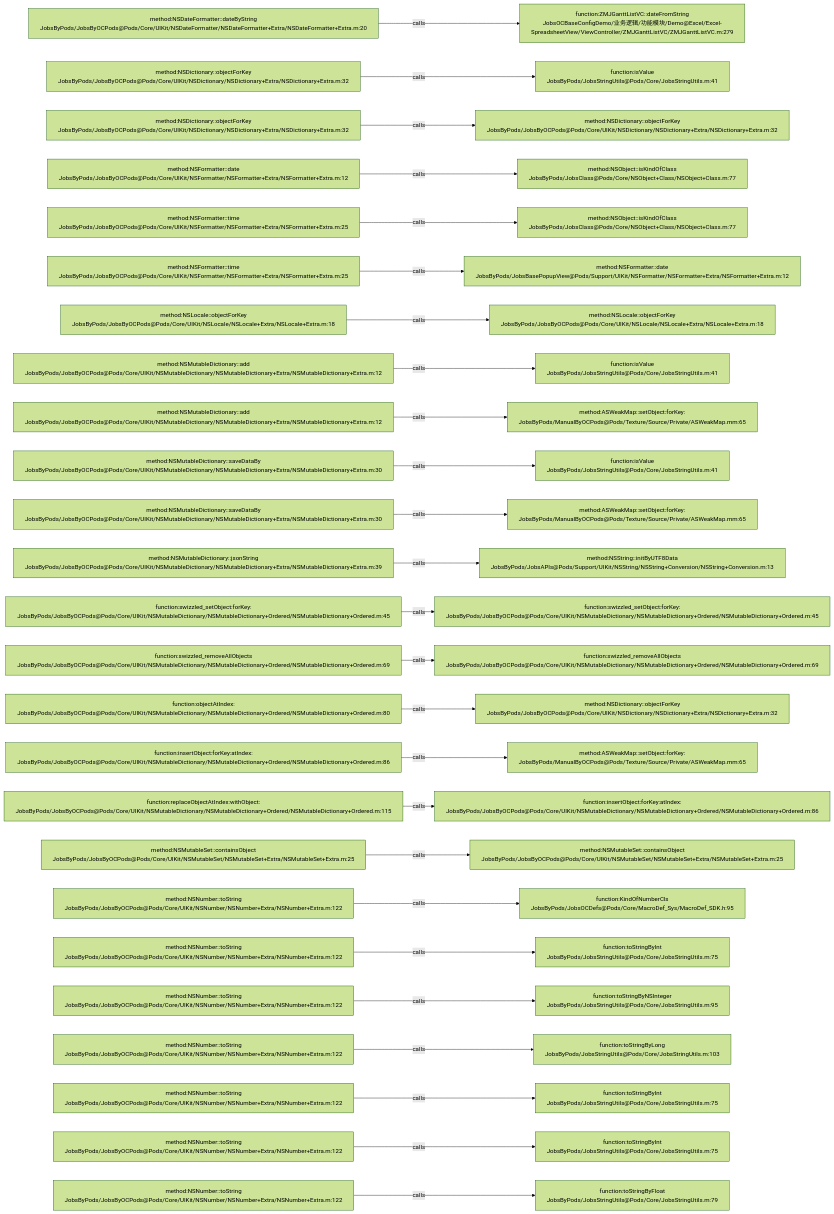
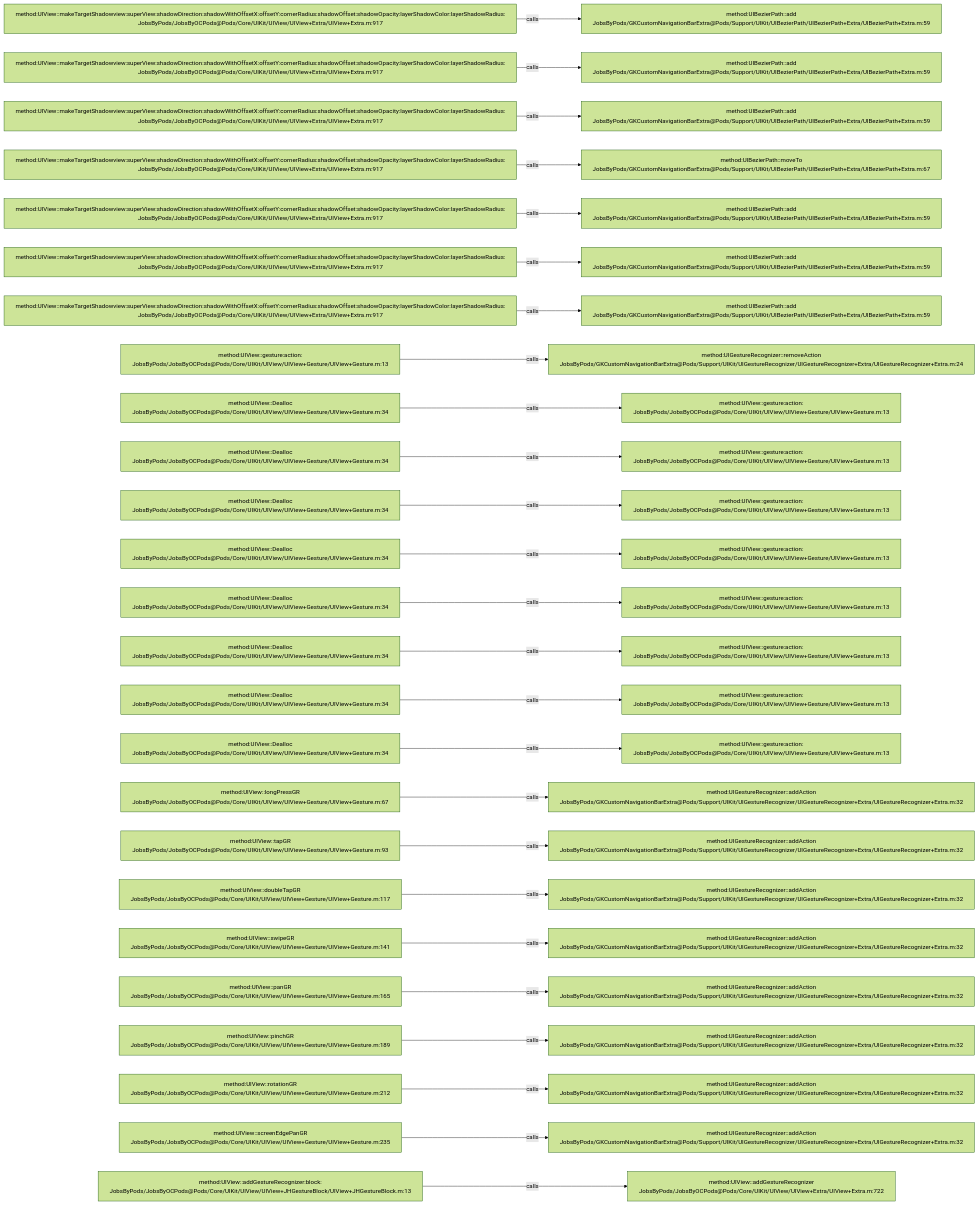
The diagram in .codegraph/codegraph.md/graphs/calls-067.md (JobsKits/JobsOCBaseConfigDemo), drawn with Mermaid (forest theme) before and after one commit. The commit also changed 1026 other files, not shown here.

````diff
--- a/.codegraph/codegraph.md/graphs/calls-067.md
+++ b/.codegraph/codegraph.md/graphs/calls-067.md
@@ -13,78 +13,78 @@
 ```mermaid
 flowchart LR
-  S1["method:NSDateFormatter::dateByString<br/>JobsByPods/JobsByOCPods@Pods/Core/UIKit/NSDateFormatter/NSDateFormatter+Extra/NSDateFormatter+Extra.m:20"]
-  T1["function:ZMJGanttListVC::dateFromString<br/>JobsOCBaseConfigDemo/业务逻辑/功能模块/Demo@Excel/Excel-SpreadsheetView/ViewController/ZMJGanttListVC/ZMJGanttListVC.m:279"]
+  S1["method:UIView::makeTargetShadowview:superView:shadowDirection:shadowWithOffsetX:offsetY:cornerRadius:shadowOffset:shadowOpacity:layerShadowColor:layerShadowRadius:<br/>JobsByPods/JobsByOCPods@Pods/Core/UIKit/UIView/UIView+Extra/UIView+Extra.m:917"]
+  T1["method:UIBezierPath::add<br/>JobsByPods/GKCustomNavigationBarExtra@Pods/Support/UIKit/UIBezierPath/UIBezierPath+Extra/UIBezierPath+Extra.m:59"]
   S1 -->|calls| T1
-  S2["method:NSDictionary::objectForKey<br/>JobsByPods/JobsByOCPods@Pods/Core/UIKit/NSDictionary/NSDictionary+Extra/NSDictionary+Extra.m:32"]
-  T2["function:isValue<br/>JobsByPods/JobsStringUtils@Pods/Core/JobsStringUtils.m:41"]
+  S2["method:UIView::makeTargetShadowview:superView:shadowDirection:shadowWithOffsetX:offsetY:cornerRadius:shadowOffset:shadowOpacity:layerShadowColor:layerShadowRadius:<br/>JobsByPods/JobsByOCPods@Pods/Core/UIKit/UIView/UIView+Extra/UIView+Extra.m:917"]
+  T2["method:UIBezierPath::add<br/>JobsByPods/GKCustomNavigationBarExtra@Pods/Support/UIKit/UIBezierPath/UIBezierPath+Extra/UIBezierPath+Extra.m:59"]
   S2 -->|calls| T2
-  S3["method:NSDictionary::objectForKey<br/>JobsByPods/JobsByOCPods@Pods/Core/UIKit/NSDictionary/NSDictionary+Extra/NSDictionary+Extra.m:32"]
-  T3["method:NSDictionary::objectForKey<br/>JobsByPods/JobsByOCPods@Pods/Core/UIKit/NSDictionary/NSDictionary+Extra/NSDictionary+Extra.m:32"]
+  S3["method:UIView::makeTargetShadowview:superView:shadowDirection:shadowWithOffsetX:offsetY:cornerRadius:shadowOffset:shadowOpacity:layerShadowColor:layerShadowRadius:<br/>JobsByPods/JobsByOCPods@Pods/Core/UIKit/UIView/UIView+Extra/UIView+Extra.m:917"]
+  T3["method:UIBezierPath::add<br/>JobsByPods/GKCustomNavigationBarExtra@Pods/Support/UIKit/UIBezierPath/UIBezierPath+Extra/UIBezierPath+Extra.m:59"]
   S3 -->|calls| T3
-  S4["method:NSFormatter::date<br/>JobsByPods/JobsByOCPods@Pods/Core/UIKit/NSFormatter/NSFormatter+Extra/NSFormatter+Extra.m:12"]
-  T4["method:NSObject::isKindOfClass<br/>JobsByPods/JobsClass@Pods/Core/NSObject+Class/NSObject+Class.m:77"]
+  S4["method:UIView::makeTargetShadowview:superView:shadowDirection:shadowWithOffsetX:offsetY:cornerRadius:shadowOffset:shadowOpacity:layerShadowColor:layerShadowRadius:<br/>JobsByPods/JobsByOCPods@Pods/Core/UIKit/UIView/UIView+Extra/UIView+Extra.m:917"]
+  T4["method:UIBezierPath::moveTo<br/>JobsByPods/GKCustomNavigationBarExtra@Pods/Support/UIKit/UIBezierPath/UIBezierPath+Extra/UIBezierPath+Extra.m:67"]
   S4 -->|calls| T4
-  S5["method:NSFormatter::time<br/>JobsByPods/JobsByOCPods@Pods/Core/UIKit/NSFormatter/NSFormatter+Extra/NSFormatter+Extra.m:25"]
-  T5["method:NSObject::isKindOfClass<br/>JobsByPods/JobsClass@Pods/Core/NSObject+Class/NSObject+Class.m:77"]
+  S5["method:UIView::makeTargetShadowview:superView:shadowDirection:shadowWithOffsetX:offsetY:cornerRadius:shadowOffset:shadowOpacity:layerShadowColor:layerShadowRadius:<br/>JobsByPods/JobsByOCPods@Pods/Core/UIKit/UIView/UIView+Extra/UIView+Extra.m:917"]
+  T5["method:UIBezierPath::add<br/>JobsByPods/GKCustomNavigationBarExtra@Pods/Support/UIKit/UIBezierPath/UIBezierPath+Extra/UIBezierPath+Extra.m:59"]
   S5 -->|calls| T5
-  S6["method:NSFormatter::time<br/>JobsByPods/JobsByOCPods@Pods/Core/UIKit/NSFormatter/NSFormatter+Extra/NSFormatter+Extra.m:25"]
-  T6["method:NSFormatter::date<br/>JobsByPods/JobsBasePopupView@Pods/Support/UIKit/NSFormatter/NSFormatter+Extra/NSFormatter+Extra.m:12"]
+  S6["method:UIView::makeTargetShadowview:superView:shadowDirection:shadowWithOffsetX:offsetY:cornerRadius:shadowOffset:shadowOpacity:layerShadowColor:layerShadowRadius:<br/>JobsByPods/JobsByOCPods@Pods/Core/UIKit/UIView/UIView+Extra/UIView+Extra.m:917"]
+  T6["method:UIBezierPath::add<br/>JobsByPods/GKCustomNavigationBarExtra@Pods/Support/UIKit/UIBezierPath/UIBezierPath+Extra/UIBezierPath+Extra.m:59"]
   S6 -->|calls| T6
-  S7["method:NSLocale::objectForKey<br/>JobsByPods/JobsByOCPods@Pods/Core/UIKit/NSLocale/NSLocale+Extra/NSLocale+Extra.m:18"]
-  T7["method:NSLocale::objectForKey<br/>JobsByPods/JobsByOCPods@Pods/Core/UIKit/NSLocale/NSLocale+Extra/NSLocale+Extra.m:18"]
+  S7["method:UIView::makeTargetShadowview:superView:shadowDirection:shadowWithOffsetX:offsetY:cornerRadius:shadowOffset:shadowOpacity:layerShadowColor:layerShadowRadius:<br/>JobsByPods/JobsByOCPods@Pods/Core/UIKit/UIView/UIView+Extra/UIView+Extra.m:917"]
+  T7["method:UIBezierPath::add<br/>JobsByPods/GKCustomNavigationBarExtra@Pods/Support/UIKit/UIBezierPath/UIBezierPath+Extra/UIBezierPath+Extra.m:59"]
   S7 -->|calls| T7
-  S8["method:NSMutableDictionary::add<br/>JobsByPods/JobsByOCPods@Pods/Core/UIKit/NSMutableDictionary/NSMutableDictionary+Extra/NSMutableDictionary+Extra.m:12"]
-  T8["function:isValue<br/>JobsByPods/JobsStringUtils@Pods/Core/JobsStringUtils.m:41"]
+  S8["method:UIView::gesture:action:<br/>JobsByPods/JobsByOCPods@Pods/Core/UIKit/UIView/UIView+Gesture/UIView+Gesture.m:13"]
+  T8["method:UIGestureRecognizer::removeAction<br/>JobsByPods/GKCustomNavigationBarExtra@Pods/Support/UIKit/UIGestureRecognizer/UIGestureRecognizer+Extra/UIGestureRecognizer+Extra.m:24"]
   S8 -->|calls| T8
-  S9["method:NSMutableDictionary::add<br/>JobsByPods/JobsByOCPods@Pods/Core/UIKit/NSMutableDictionary/NSMutableDictionary+Extra/NSMutableDictionary+Extra.m:12"]
-  T9["method:ASWeakMap::setObject:forKey:<br/>JobsByPods/ManualByOCPods@Pods/Texture/Source/Private/ASWeakMap.mm:65"]
+  S9["method:UIView::Dealloc<br/>JobsByPods/JobsByOCPods@Pods/Core/UIKit/UIView/UIView+Gesture/UIView+Gesture.m:34"]
+  T9["method:UIView::gesture:action:<br/>JobsByPods/JobsByOCPods@Pods/Core/UIKit/UIView/UIView+Gesture/UIView+Gesture.m:13"]
   S9 -->|calls| T9
-  S10["method:NSMutableDictionary::saveDataBy<br/>JobsByPods/JobsByOCPods@Pods/Core/UIKit/NSMutableDictionary/NSMutableDictionary+Extra/NSMutableDictionary+Extra.m:30"]
-  T10["function:isValue<br/>JobsByPods/JobsStringUtils@Pods/Core/JobsStringUtils.m:41"]
+  S10["method:UIView::Dealloc<br/>JobsByPods/JobsByOCPods@Pods/Core/UIKit/UIView/UIView+Gesture/UIView+Gesture.m:34"]
+  T10["method:UIView::gesture:action:<br/>JobsByPods/JobsByOCPods@Pods/Core/UIKit/UIView/UIView+Gesture/UIView+Gesture.m:13"]
   S10 -->|calls| T10
-  S11["method:NSMutableDictionary::saveDataBy<br/>JobsByPods/JobsByOCPods@Pods/Core/UIKit/NSMutableDictionary/NSMutableDictionary+Extra/NSMutableDictionary+Extra.m:30"]
-  T11["method:ASWeakMap::setObject:forKey:<br/>JobsByPods/ManualByOCPods@Pods/Texture/Source/Private/ASWeakMap.mm:65"]
+  S11["method:UIView::Dealloc<br/>JobsByPods/JobsByOCPods@Pods/Core/UIKit/UIView/UIView+Gesture/UIView+Gesture.m:34"]
+  T11["method:UIView::gesture:action:<br/>JobsByPods/JobsByOCPods@Pods/Core/UIKit/UIView/UIView+Gesture/UIView+Gesture.m:13"]
   S11 -->|calls| T11
-  S12["method:NSMutableDictionary::jsonString<br/>JobsByPods/JobsByOCPods@Pods/Core/UIKit/NSMutableDictionary/NSMutableDictionary+Extra/NSMutableDictionary+Extra.m:39"]
-  T12["method:NSString::initByUTF8Data<br/>JobsByPods/JobsAPIs@Pods/Support/UIKit/NSString/NSString+Conversion/NSString+Conversion.m:13"]
+  S12["method:UIView::Dealloc<br/>JobsByPods/JobsByOCPods@Pods/Core/UIKit/UIView/UIView+Gesture/UIView+Gesture.m:34"]
+  T12["method:UIView::gesture:action:<br/>JobsByPods/JobsByOCPods@Pods/Core/UIKit/UIView/UIView+Gesture/UIView+Gesture.m:13"]
   S12 -->|calls| T12
-  S13["function:swizzled_setObject:forKey:<br/>JobsByPods/JobsByOCPods@Pods/Core/UIKit/NSMutableDictionary/NSMutableDictionary+Ordered/NSMutableDictionary+Ordered.m:45"]
-  T13["function:swizzled_setObject:forKey:<br/>JobsByPods/JobsByOCPods@Pods/Core/UIKit/NSMutableDictionary/NSMutableDictionary+Ordered/NSMutableDictionary+Ordered.m:45"]
+  S13["method:UIView::Dealloc<br/>JobsByPods/JobsByOCPods@Pods/Core/UIKit/UIView/UIView+Gesture/UIView+Gesture.m:34"]
+  T13["method:UIView::gesture:action:<br/>JobsByPods/JobsByOCPods@Pods/Core/UIKit/UIView/UIView+Gesture/UIView+Gesture.m:13"]
   S13 -->|calls| T13
-  S14["function:swizzled_removeAllObjects<br/>JobsByPods/JobsByOCPods@Pods/Core/UIKit/NSMutableDictionary/NSMutableDictionary+Ordered/NSMutableDictionary+Ordered.m:69"]
-  T14["function:swizzled_removeAllObjects<br/>JobsByPods/JobsByOCPods@Pods/Core/UIKit/NSMutableDictionary/NSMutableDictionary+Ordered/NSMutableDictionary+Ordered.m:69"]
+  S14["method:UIView::Dealloc<br/>JobsByPods/JobsByOCPods@Pods/Core/UIKit/UIView/UIView+Gesture/UIView+Gesture.m:34"]
+  T14["method:UIView::gesture:action:<br/>JobsByPods/JobsByOCPods@Pods/Core/UIKit/UIView/UIView+Gesture/UIView+Gesture.m:13"]
   S14 -->|calls| T14
-  S15["function:objectAtIndex:<br/>JobsByPods/JobsByOCPods@Pods/Core/UIKit/NSMutableDictionary/NSMutableDictionary+Ordered/NSMutableDictionary+Ordered.m:80"]
-  T15["method:NSDictionary::objectForKey<br/>JobsByPods/JobsByOCPods@Pods/Core/UIKit/NSDictionary/NSDictionary+Extra/NSDictionary+Extra.m:32"]
+  S15["method:UIView::Dealloc<br/>JobsByPods/JobsByOCPods@Pods/Core/UIKit/UIView/UIView+Gesture/UIView+Gesture.m:34"]
+  T15["method:UIView::gesture:action:<br/>JobsByPods/JobsByOCPods@Pods/Core/UIKit/UIView/UIView+Gesture/UIView+Gesture.m:13"]
   S15 -->|calls| T15
-  S16["function:insertObject:forKey:atIndex:<br/>JobsByPods/JobsByOCPods@Pods/Core/UIKit/NSMutableDictionary/NSMutableDictionary+Ordered/NSMutableDictionary+Ordered.m:86"]
-  T16["method:ASWeakMap::setObject:forKey:<br/>JobsByPods/ManualByOCPods@Pods/Texture/Source/Private/ASWeakMap.mm:65"]
+  S16["method:UIView::Dealloc<br/>JobsByPods/JobsByOCPods@Pods/Core/UIKit/UIView/UIView+Gesture/UIView+Gesture.m:34"]
+  T16["method:UIView::gesture:action:<br/>JobsByPods/JobsByOCPods@Pods/Core/UIKit/UIView/UIView+Gesture/UIView+Gesture.m:13"]
   S16 -->|calls| T16
-  S17["function:replaceObjectAtIndex:withObject:<br/>JobsByPods/JobsByOCPods@Pods/Core/UIKit/NSMutableDictionary/NSMutableDictionary+Ordered/NSMutableDictionary+Ordered.m:115"]
-  T17["function:insertObject:forKey:atIndex:<br/>JobsByPods/JobsByOCPods@Pods/Core/UIKit/NSMutableDictionary/NSMutableDictionary+Ordered/NSMutableDictionary+Ordered.m:86"]
+  S17["method:UIView::longPressGR<br/>JobsByPods/JobsByOCPods@Pods/Core/UIKit/UIView/UIView+Gesture/UIView+Gesture.m:67"]
+  T17["method:UIGestureRecognizer::addAction<br/>JobsByPods/GKCustomNavigationBarExtra@Pods/Support/UIKit/UIGestureRecognizer/UIGestureRecognizer+Extra/UIGestureRecognizer+Extra.m:32"]
   S17 -->|calls| T17
-  S18["method:NSMutableSet::containsObject<br/>JobsByPods/JobsByOCPods@Pods/Core/UIKit/NSMutableSet/NSMutableSet+Extra/NSMutableSet+Extra.m:25"]
-  T18["method:NSMutableSet::containsObject<br/>JobsByPods/JobsByOCPods@Pods/Core/UIKit/NSMutableSet/NSMutableSet+Extra/NSMutableSet+Extra.m:25"]
+  S18["method:UIView::tapGR<br/>JobsByPods/JobsByOCPods@Pods/Core/UIKit/UIView/UIView+Gesture/UIView+Gesture.m:93"]
+  T18["method:UIGestureRecognizer::addAction<br/>JobsByPods/GKCustomNavigationBarExtra@Pods/Support/UIKit/UIGestureRecognizer/UIGestureRecognizer+Extra/UIGestureRecognizer+Extra.m:32"]
   S18 -->|calls| T18
-  S19["method:NSNumber::toString<br/>JobsByPods/JobsByOCPods@Pods/Core/UIKit/NSNumber/NSNumber+Extra/NSNumber+Extra.m:122"]
-  T19["function:KindOfNumberCls<br/>JobsByPods/JobsOCDefs@Pods/Core/MacroDef_Sys/MacroDef_SDK.h:95"]
+  S19["method:UIView::doubleTapGR<br/>JobsByPods/JobsByOCPods@Pods/Core/UIKit/UIView/UIView+Gesture/UIView+Gesture.m:117"]
+  T19["method:UIGestureRecognizer::addAction<br/>JobsByPods/GKCustomNavigationBarExtra@Pods/Support/UIKit/UIGestureRecognizer/UIGestureRecognizer+Extra/UIGestureRecognizer+Extra.m:32"]
   S19 -->|calls| T19
-  S20["method:NSNumber::toString<br/>JobsByPods/JobsByOCPods@Pods/Core/UIKit/NSNumber/NSNumber+Extra/NSNumber+Extra.m:122"]
-  T20["function:toStringByInt<br/>JobsByPods/JobsStringUtils@Pods/Core/JobsStringUtils.m:75"]
+  S20["method:UIView::swipeGR<br/>JobsByPods/JobsByOCPods@Pods/Core/UIKit/UIView/UIView+Gesture/UIView+Gesture.m:141"]
+  T20["method:UIGestureRecognizer::addAction<br/>JobsByPods/GKCustomNavigationBarExtra@Pods/Support/UIKit/UIGestureRecognizer/UIGestureRecognizer+Extra/UIGestureRecognizer+Extra.m:32"]
   S20 -->|calls| T20
-  S21["method:NSNumber::toString<br/>JobsByPods/JobsByOCPods@Pods/Core/UIKit/NSNumber/NSNumber+Extra/NSNumber+Extra.m:122"]
-  T21["function:toStringByNSInteger<br/>JobsByPods/JobsStringUtils@Pods/Core/JobsStringUtils.m:95"]
+  S21["method:UIView::panGR<br/>JobsByPods/JobsByOCPods@Pods/Core/UIKit/UIView/UIView+Gesture/UIView+Gesture.m:165"]
+  T21["method:UIGestureRecognizer::addAction<br/>JobsByPods/GKCustomNavigationBarExtra@Pods/Support/UIKit/UIGestureRecognizer/UIGestureRecognizer+Extra/UIGestureRecognizer+Extra.m:32"]
   S21 -->|calls| T21
-  S22["method:NSNumber::toString<br/>JobsByPods/JobsByOCPods@Pods/Core/UIKit/NSNumber/NSNumber+Extra/NSNumber+Extra.m:122"]
-  T22["function:toStringByLong<br/>JobsByPods/JobsStringUtils@Pods/Core/JobsStringUtils.m:103"]
+  S22["method:UIView::pinchGR<br/>JobsByPods/JobsByOCPods@Pods/Core/UIKit/UIView/UIView+Gesture/UIView+Gesture.m:189"]
+  T22["method:UIGestureRecognizer::addAction<br/>JobsByPods/GKCustomNavigationBarExtra@Pods/Support/UIKit/UIGestureRecognizer/UIGestureRecognizer+Extra/UIGestureRecognizer+Extra.m:32"]
   S22 -->|calls| T22
-  S23["method:NSNumber::toString<br/>JobsByPods/JobsByOCPods@Pods/Core/UIKit/NSNumber/NSNumber+Extra/NSNumber+Extra.m:122"]
-  T23["function:toStringByInt<br/>JobsByPods/JobsStringUtils@Pods/Core/JobsStringUtils.m:75"]
+  S23["method:UIView::rotationGR<br/>JobsByPods/JobsByOCPods@Pods/Core/UIKit/UIView/UIView+Gesture/UIView+Gesture.m:212"]
+  T23["method:UIGestureRecognizer::addAction<br/>JobsByPods/GKCustomNavigationBarExtra@Pods/Support/UIKit/UIGestureRecognizer/UIGestureRecognizer+Extra/UIGestureRecognizer+Extra.m:32"]
   S23 -->|calls| T23
-  S24["method:NSNumber::toString<br/>JobsByPods/JobsByOCPods@Pods/Core/UIKit/NSNumber/NSNumber+Extra/NSNumber+Extra.m:122"]
-  T24["function:toStringByInt<br/>JobsByPods/JobsStringUtils@Pods/Core/JobsStringUtils.m:75"]
+  S24["method:UIView::screenEdgePanGR<br/>JobsByPods/JobsByOCPods@Pods/Core/UIKit/UIView/UIView+Gesture/UIView+Gesture.m:235"]
+  T24["method:UIGestureRecognizer::addAction<br/>JobsByPods/GKCustomNavigationBarExtra@Pods/Support/UIKit/UIGestureRecognizer/UIGestureRecognizer+Extra/UIGestureRecognizer+Extra.m:32"]
   S24 -->|calls| T24
-  S25["method:NSNumber::toString<br/>JobsByPods/JobsByOCPods@Pods/Core/UIKit/NSNumber/NSNumber+Extra/NSNumber+Extra.m:122"]
-  T25["function:toStringByFloat<br/>JobsByPods/JobsStringUtils@Pods/Core/JobsStringUtils.m:79"]
+  S25["method:UIView::addGestureRecognizer:block:<br/>JobsByPods/JobsByOCPods@Pods/Core/UIKit/UIView/UIView+JHGestureBlock/UIView+JHGestureBlock.m:13"]
+  T25["method:UIView::addGestureRecognizer<br/>JobsByPods/JobsByOCPods@Pods/Core/UIKit/UIView/UIView+Extra/UIView+Extra.m:722"]
   S25 -->|calls| T25
 ```
````
